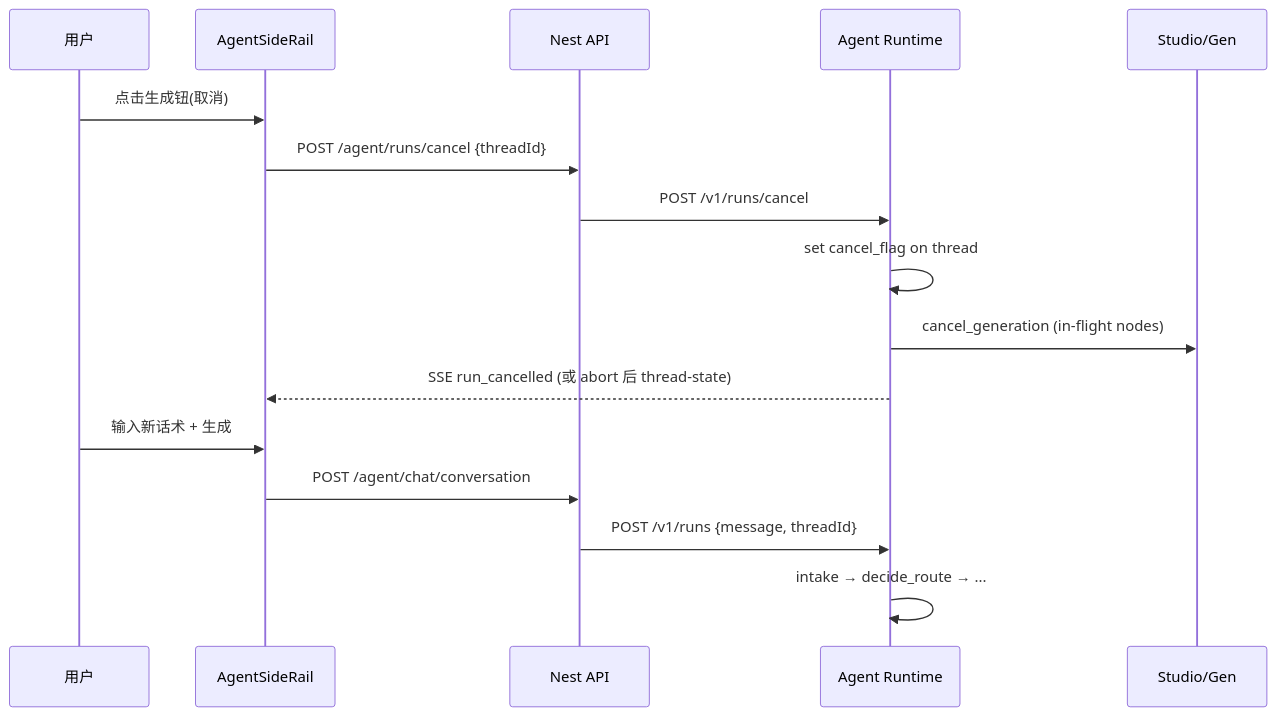
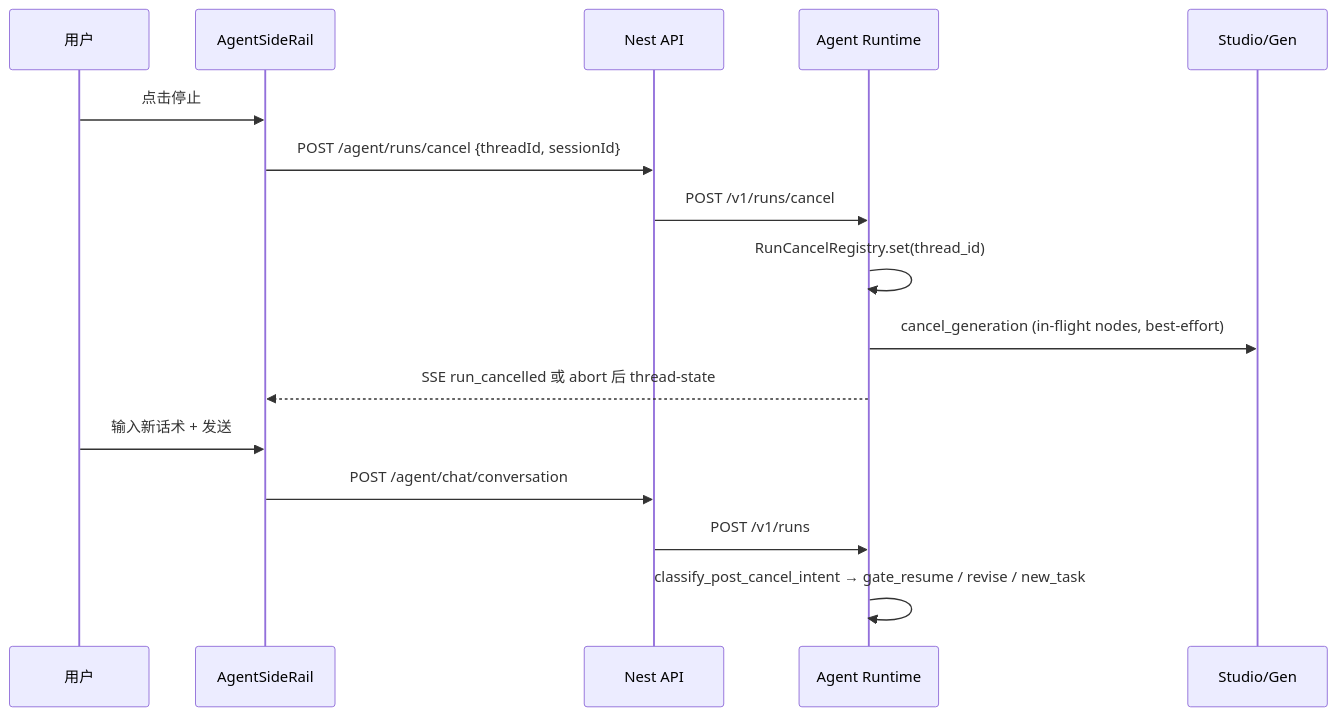
Before and after one commit to sev7n4/lnkpi: the diagram in docs/superpowers/specs/2026-08-12-agent-mid-run-interrupt-design.md, drawn with Mermaid. The commit also changed other lines of this file, not shown here.

First line of the commit message:
docs: accept mid-run interrupt design for product_visual

````diff
--- a/docs/superpowers/specs/2026-08-12-agent-mid-run-interrupt-design.md
+++ b/docs/superpowers/specs/2026-08-12-agent-mid-run-interrupt-design.md
@@ -106,19 +84,19 @@
 ```mermaid
 sequenceDiagram
   participant U as 用户
   participant Web as AgentSideRail
   participant Nest as Nest API
   participant RT as Agent Runtime
   participant Gen as Studio/Gen
 
-  U->>Web: 点击生成钮(取消)
-  Web->>Nest: POST /agent/runs/cancel {threadId}
+  U->>Web: 点击停止
+  Web->>Nest: POST /agent/runs/cancel {threadId, sessionId}
   Nest->>RT: POST /v1/runs/cancel
-  RT->>RT: set cancel_flag on thread
-  RT->>Gen: cancel_generation (in-flight nodes)
-  RT-->>Web: SSE run_cancelled (或 abort 后 thread-state)
-  U->>Web: 输入新话术 + 生成
+  RT->>RT: RunCancelRegistry.set(thread_id)
+  RT->>Gen: cancel_generation (in-flight nodes, best-effort)
+  RT-->>Web: SSE run_cancelled 或 abort 后 thread-state
+  U->>Web: 输入新话术 + 发送
   Web->>Nest: POST /agent/chat/conversation
-  Nest->>RT: POST /v1/runs {message, threadId}
-  RT->>RT: intake → decide_route → ...
+  Nest->>RT: POST /v1/runs
+  RT->>RT: classify_post_cancel_intent → gate_resume / revise / new_task
 ```
````
